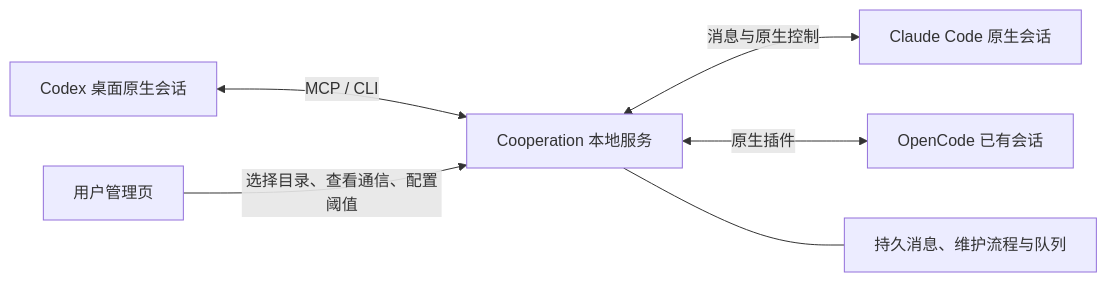
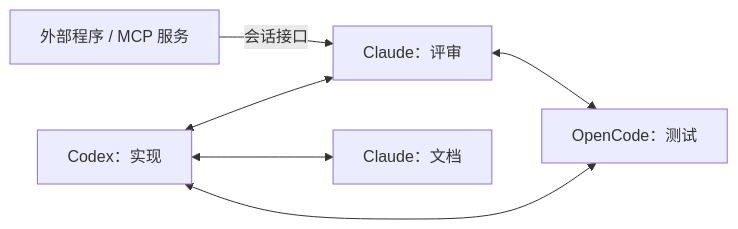
Before and after one commit to Heisenbear-Rebirth/plexus: the diagram in README.md, drawn with Mermaid. The commit also changed other lines of this file and 111 other files, not shown here.

````diff
--- a/README.md
+++ b/README.md
@@ -29,8 +36,8 @@
 ```mermaid
 flowchart LR
-    C[Codex 桌面原生会话] <-->|MCP / CLI| B[Cooperation 本地服务]
-    B <-->|消息与原生控制| A[Claude Code 原生会话]
-    B <-->|原生插件| O[OpenCode 已有会话]
-    U[用户管理页] -->|选择目录、查看通信、配置阈值| B
-    B --- D[持久消息、维护流程与队列]
+    C1[Codex：实现] <--> A1[Claude：评审]
+    A1 <--> O1[OpenCode：测试]
+    O1 <--> C1
+    C1 <--> A2[Claude：文档]
+    X[外部程序 / MCP 服务] -->|会话接口| A1
 ```
````
